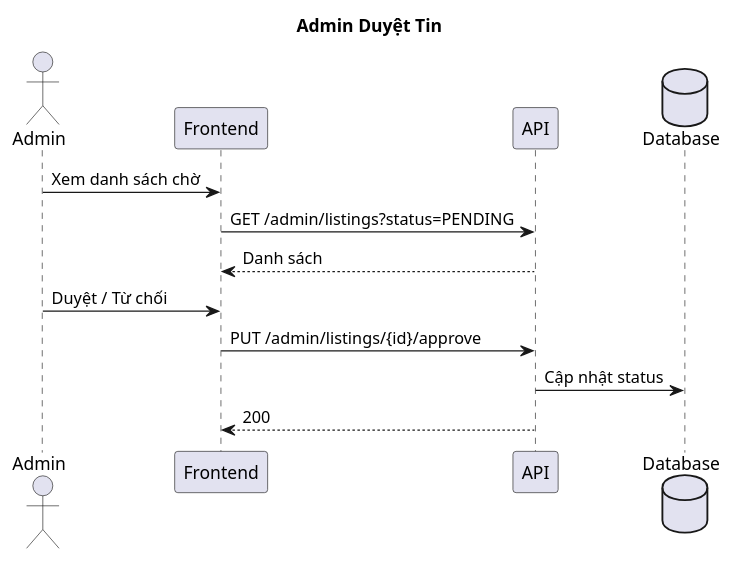
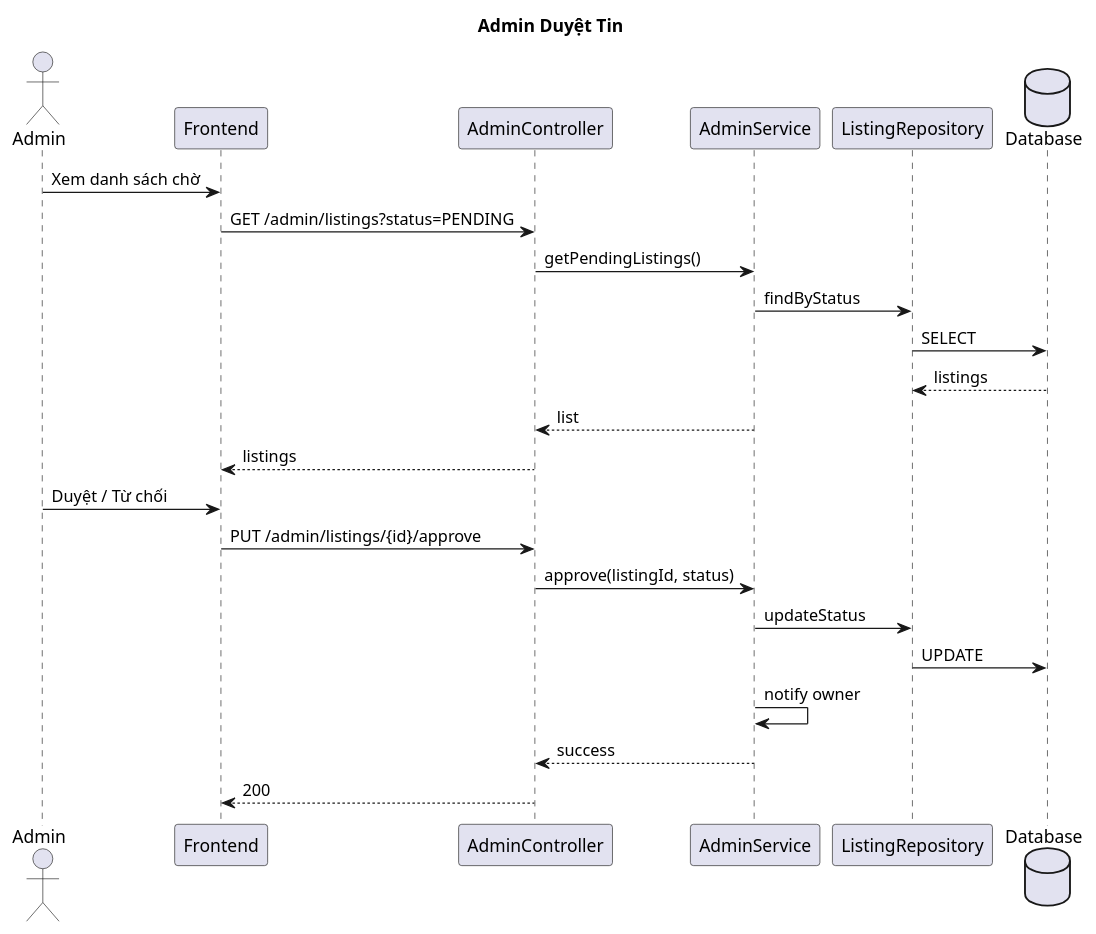
The diagram in docs/sequence-diagram-admin-duyet-tin-dang.md (BuiThaiBao/Propify), drawn with PlantUML before and after one commit. The commit also changed other lines of this file and 11 other files, not shown here.

Commit message:
feat: update sequence diagrams to reflect 3-layer architecture and detailed interactions

````diff
--- a/docs/sequence-diagram-admin-duyet-tin-dang.md
+++ b/docs/sequence-diagram-admin-duyet-tin-dang.md
@@ -3,18 +3,29 @@
 ```plantuml
 @startuml
 title Admin Duyệt Tin
 
 actor "Admin" as Admin
 participant "Frontend" as FE
-participant "API" as API
+participant "AdminController" as Controller
+participant "AdminService" as Service
+participant "ListingRepository" as Repo
 database "Database" as DB
 
 Admin -> FE: Xem danh sách chờ
-FE -> API: GET /admin/listings?status=PENDING
-API --> FE: Danh sách
+FE -> Controller: GET /admin/listings?status=PENDING
+Controller -> Service: getPendingListings()
+Service -> Repo: findByStatus
+Repo -> DB: SELECT
+DB --> Repo: listings
+Service --> Controller: list
+Controller --> FE: listings
 Admin -> FE: Duyệt / Từ chối
-FE -> API: PUT /admin/listings/{id}/approve
-API -> DB: Cập nhật status
-API --> FE: 200
+FE -> Controller: PUT /admin/listings/{id}/approve
+Controller -> Service: approve(listingId, status)
+Service -> Repo: updateStatus
+Repo -> DB: UPDATE
+Service -> Service: notify owner
+Service --> Controller: success
+Controller --> FE: 200
 @enduml
 ```
````
